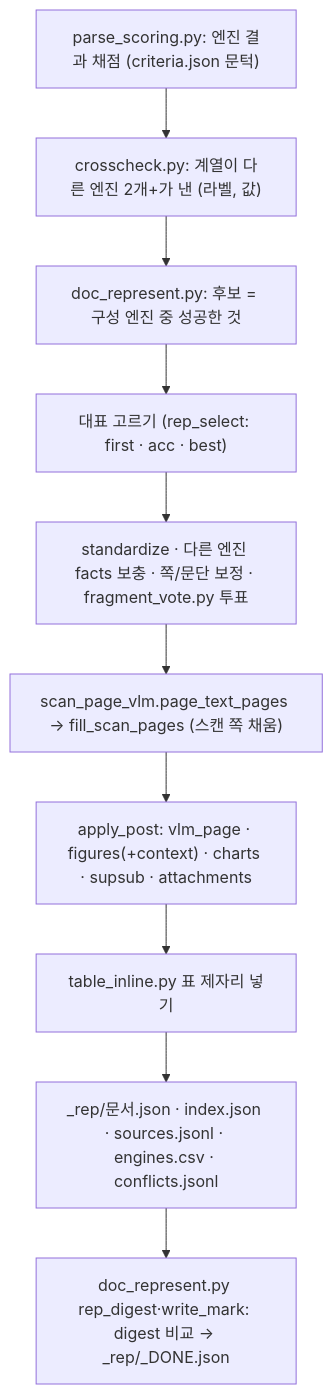
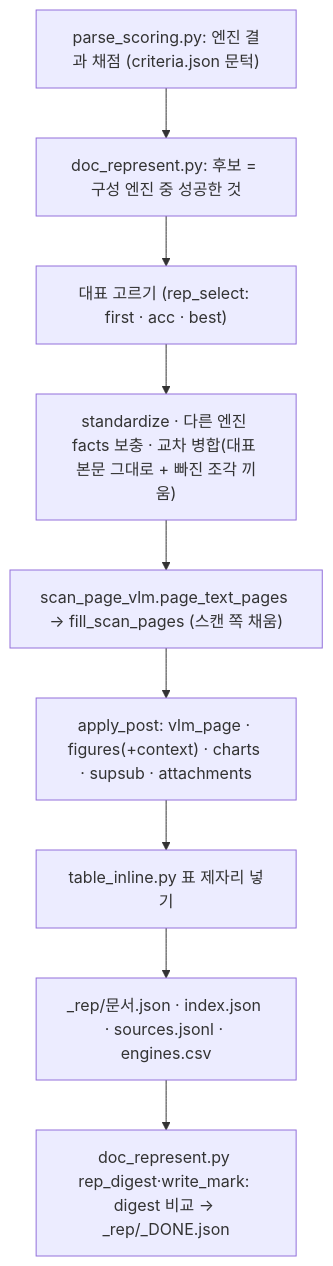
The fifth of 11 diagrams in docs/architecture/parse_flow.md (gigasamba/sbl_data_parsing), drawn with Mermaid before and after one commit. The commit also changed other lines of this file and 19 other files, not shown here.

````diff
--- a/docs/architecture/parse_flow.md
+++ b/docs/architecture/parse_flow.md
@@ -261,14 +261,13 @@
 ```mermaid
 flowchart TD
     Q["parse_scoring.py: 엔진 결과 채점 (criteria.json 문턱)"]
-    X["crosscheck.py: 계열이 다른 엔진 2개+가 낸 (라벨, 값)"]
     R1["doc_represent.py: 후보 = 구성 엔진 중 성공한 것"]
     R2["대표 고르기 (rep_select: first · acc · best)"]
-    R3["standardize · 다른 엔진 facts 보충 · 쪽/문단 보정 · fragment_vote.py 투표"]
+    R3["standardize · 다른 엔진 facts 보충 · 교차 병합(대표 본문 그대로 + 빠진 조각 끼움)"]
     R4["scan_page_vlm.page_text_pages → fill_scan_pages (스캔 쪽 채움)"]
     R5["apply_post: vlm_page · figures(+context) · charts · supsub · attachments"]
     R6["table_inline.py 표 제자리 넣기"]
-    O["_rep/문서.json · index.json · sources.jsonl · engines.csv · conflicts.jsonl"]
+    O["_rep/문서.json · index.json · sources.jsonl · engines.csv"]
     M["doc_represent.py rep_digest·write_mark: digest 비교 → _rep/_DONE.json"]
-    Q --> X --> R1 --> R2 --> R3 --> R4 --> R5 --> R6 --> O --> M
+    Q --> R1 --> R2 --> R3 --> R4 --> R5 --> R6 --> O --> M
 ```
````
